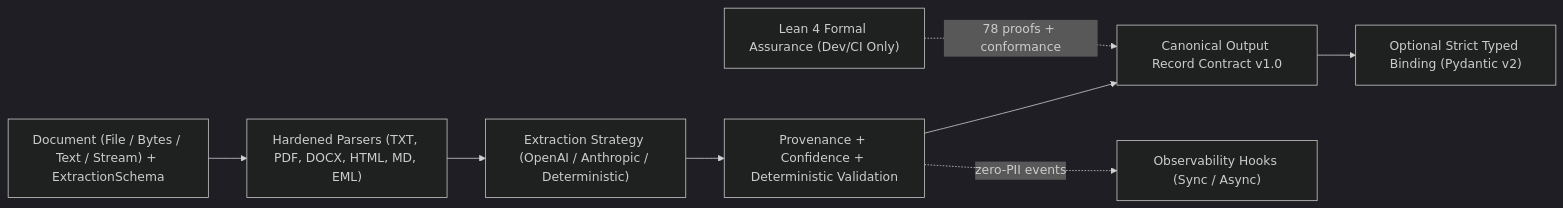
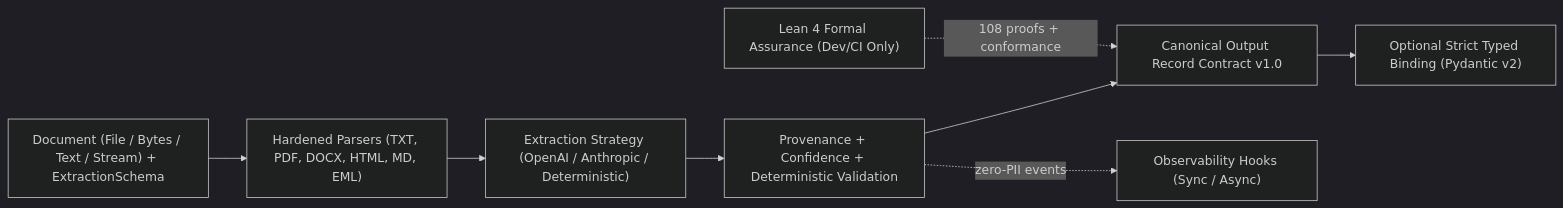
One commit to ivnmoreno/structa-maestro changed the diagram in README.md. Above: the diagram before and after it, drawn with Mermaid (dark theme). The commit also changed other lines of this file and 14 other files, not shown here.

````diff
--- a/README.md
+++ b/README.md
@@ -34,10 +34,10 @@
 ```mermaid
 flowchart LR
     In["Document (File / Bytes / Text / Stream) + ExtractionSchema"] --> Parse["Hardened Parsers (TXT, PDF, DOCX, HTML, MD, EML)"]
     Parse --> Strat["Extraction Strategy (OpenAI / Anthropic / Deterministic)"]
     Strat --> Verify["Provenance + Confidence + Deterministic Validation"]
     Verify --> Contract["Canonical Output Record Contract v1.0"]
     Contract --> Bind["Optional Strict Typed Binding (Pydantic v2)"]
     Verify -. "zero-PII events" .-> Obs["Observability Hooks (Sync / Async)"]
-    Formal["Lean 4 Formal Assurance (Dev/CI Only)"] -. "78 proofs + conformance" .-> Contract
+    Formal["Lean 4 Formal Assurance (Dev/CI Only)"] -. "108 proofs + conformance" .-> Contract
 ```
````
